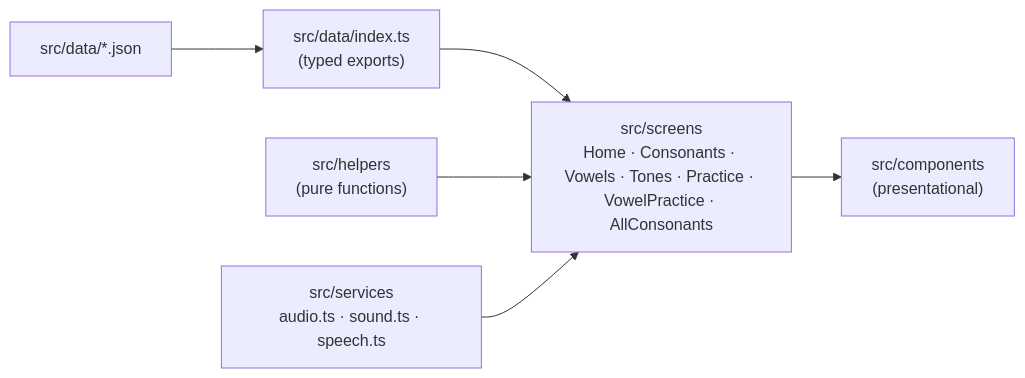
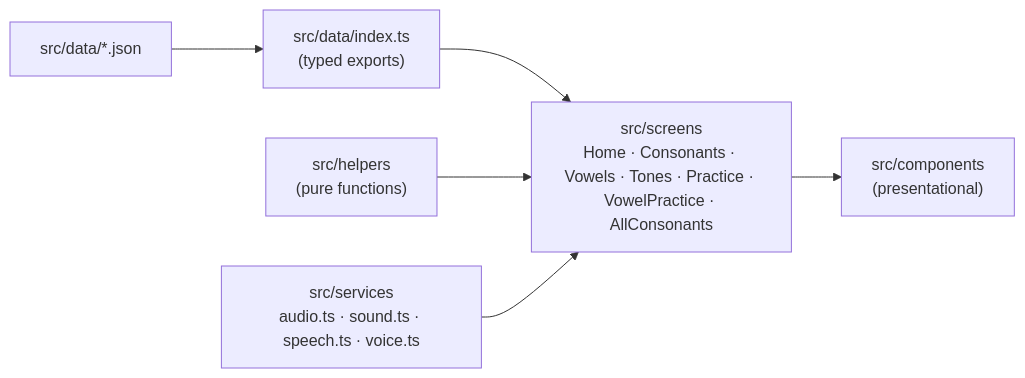
One commit to MinHan-Kyaw/thai-learning changed the first of 2 diagrams in docs/architecture.md. Above: the diagram before and after it, drawn with Mermaid. The commit also changed other lines of this file and 12 other files, not shown here.

````diff
--- a/docs/architecture.md
+++ b/docs/architecture.md
@@ -14,8 +14,8 @@
 ```mermaid
 flowchart LR
   JSON["src/data/*.json"] --> Loader["src/data/index.ts<br/>(typed exports)"]
   Loader --> Screens
   Helpers["src/helpers<br/>(pure functions)"] --> Screens
-  Services["src/services<br/>audio.ts · sound.ts · speech.ts"] --> Screens
+  Services["src/services<br/>audio.ts · sound.ts · speech.ts · voice.ts"] --> Screens
   Screens["src/screens<br/>Home · Consonants · Vowels · Tones · Practice · VowelPractice · AllConsonants"] --> Components["src/components<br/>(presentational)"]
 ```
````
